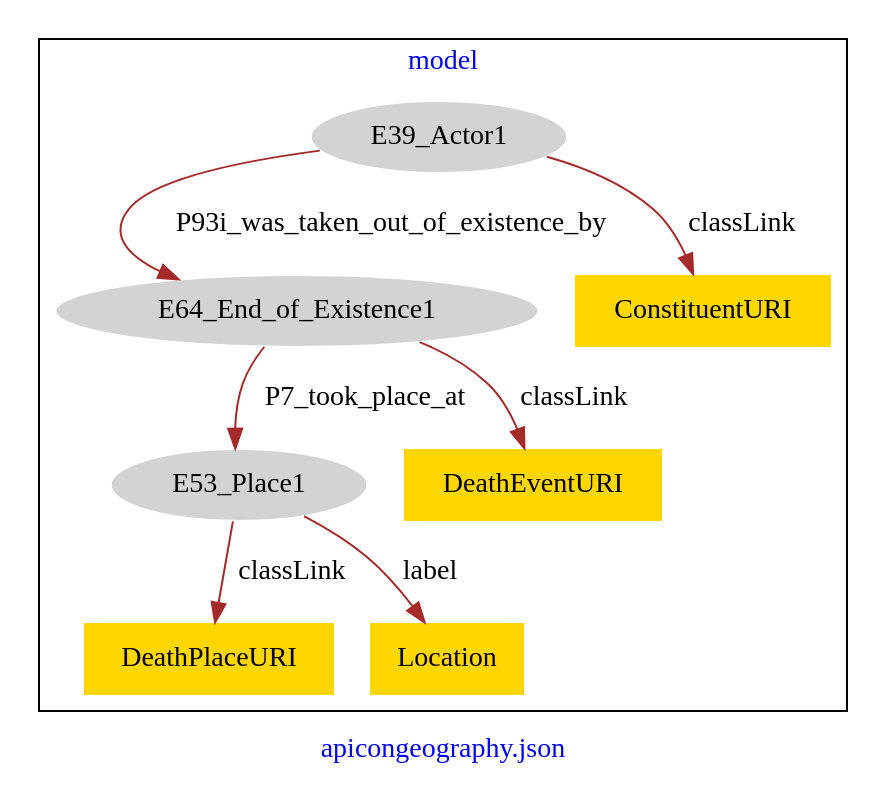
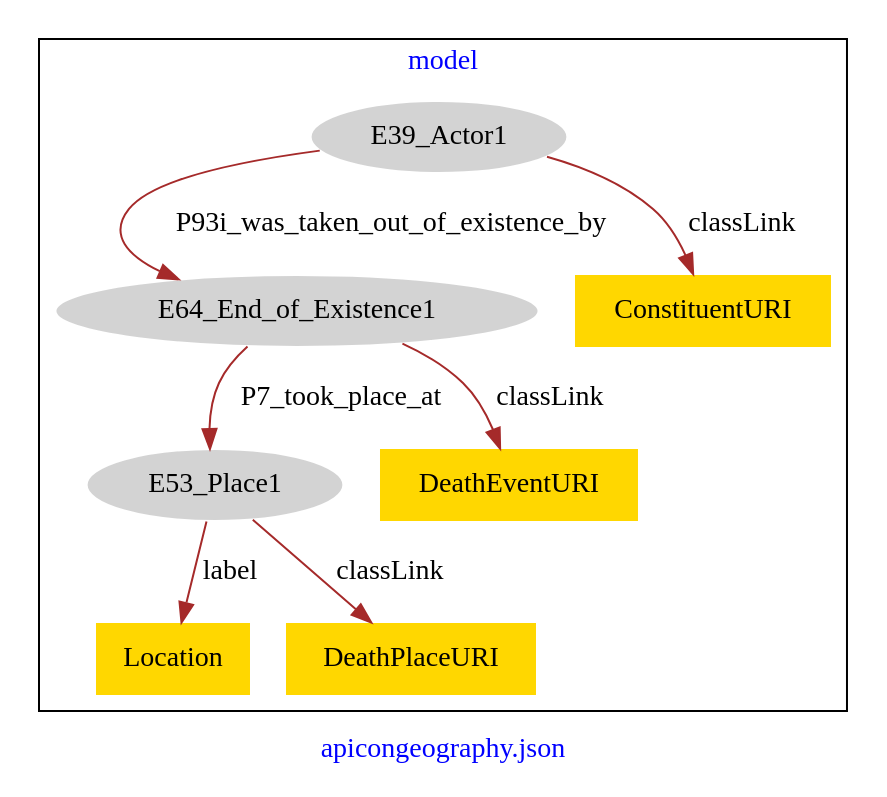
The diagram in apicongeography/apicongeography-death-model.dot (american-art/PUAM), drawn with Graphviz before and after one commit.

Commit message:
Update file apicongeography-death-model.dot

```diff
--- a/apicongeography/apicongeography-death-model.dot
+++ b/apicongeography/apicongeography-death-model.dot
@@ -1,21 +1,21 @@
 digraph n0 {
 fontcolor="blue"
 remincross="true"
 label="apicongeography.json"
 subgraph cluster {
 label="model"
 n2[style="filled",color="white",fillcolor="lightgray",label="E39_Actor1"];
 n3[style="filled",color="white",fillcolor="lightgray",label="E64_End_of_Existence1"];
 n4[style="filled",color="white",fillcolor="lightgray",label="E53_Place1"];
-n5[shape="plaintext",style="filled",fillcolor="gold",label="ConstituentURI"];
-n6[shape="plaintext",style="filled",fillcolor="gold",label="DeathPlaceURI"];
+n5[shape="plaintext",style="filled",fillcolor="gold",label="Location"];
+n6[shape="plaintext",style="filled",fillcolor="gold",label="ConstituentURI"];
 n7[shape="plaintext",style="filled",fillcolor="gold",label="DeathEventURI"];
-n8[shape="plaintext",style="filled",fillcolor="gold",label="Location"];
+n8[shape="plaintext",style="filled",fillcolor="gold",label="DeathPlaceURI"];
 }
 n2 -> n3[color="brown",fontcolor="black",label="P93i_was_taken_out_of_existence_by"]
 n3 -> n4[color="brown",fontcolor="black",label="P7_took_place_at"]
-n2 -> n5[color="brown",fontcolor="black",label="classLink"]
-n4 -> n6[color="brown",fontcolor="black",label="classLink"]
+n4 -> n5[color="brown",fontcolor="black",label="label"]
+n2 -> n6[color="brown",fontcolor="black",label="classLink"]
 n3 -> n7[color="brown",fontcolor="black",label="classLink"]
-n4 -> n8[color="brown",fontcolor="black",label="label"]
+n4 -> n8[color="brown",fontcolor="black",label="classLink"]
 }
```
